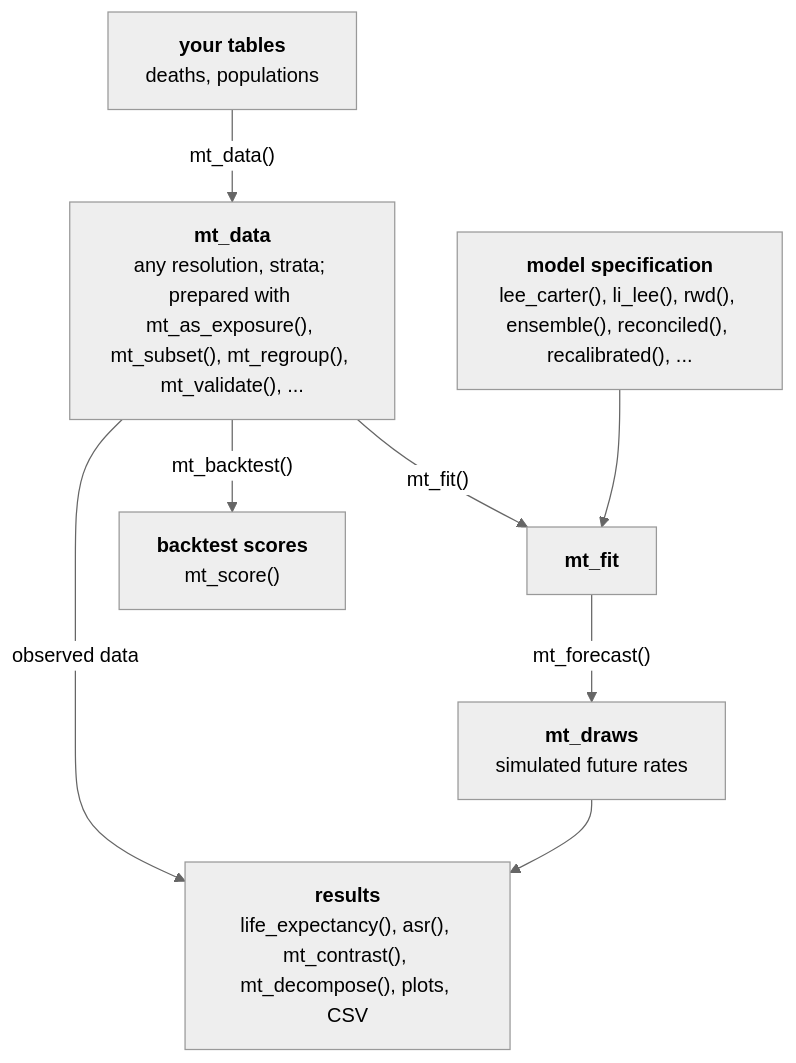
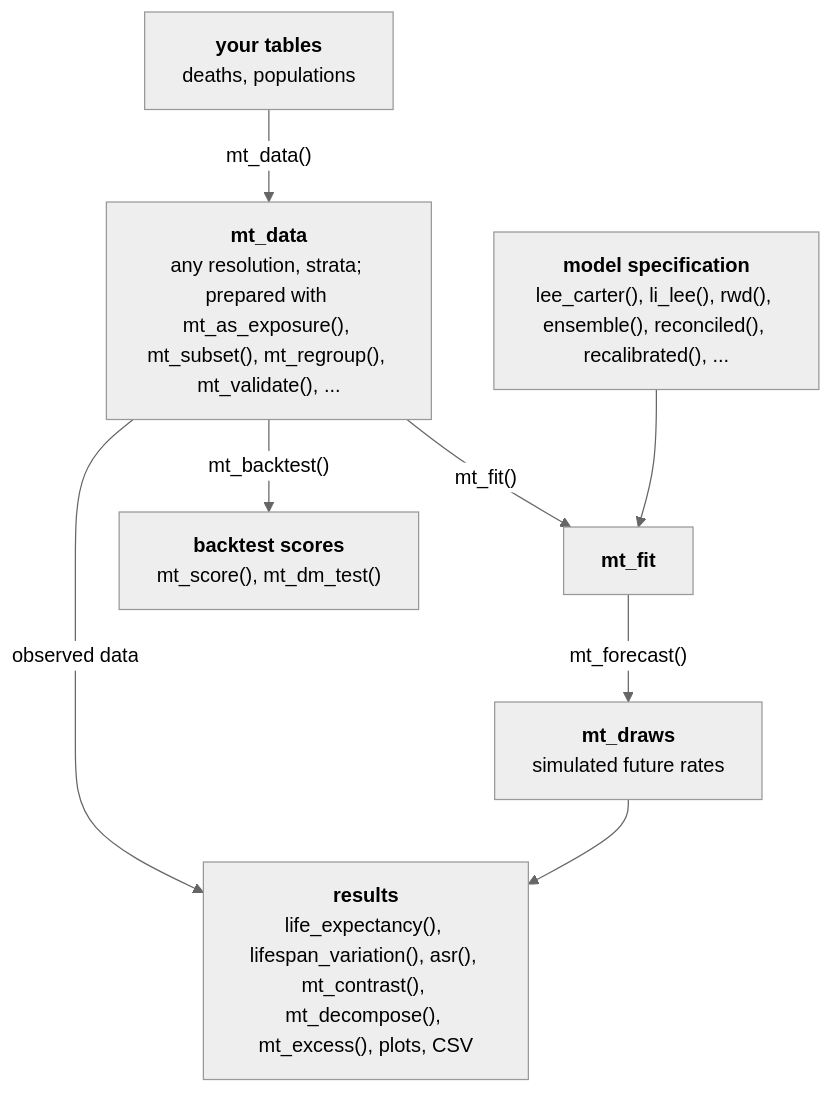
The diagram in dev/diagrams/readme-function-map.mmd (kalleEF/mortensor), drawn with Mermaid (neutral theme) before and after one commit. The commit also changed 41 other files, not shown here.

```diff
--- a/dev/diagrams/readme-function-map.mmd
+++ b/dev/diagrams/readme-function-map.mmd
@@ -1,21 +1,21 @@
 flowchart TD
   T["`**your tables**
   deaths, populations`"]
   D["`**mt_data**
   any resolution, strata; prepared with mt_as_exposure(), mt_subset(), mt_regroup(), mt_validate(), ...`"]
   S["`**model specification**
   lee_carter(), li_lee(), rwd(), ensemble(), reconciled(), recalibrated(), ...`"]
   F["`**mt_fit**`"]
   P["`**mt_draws**
   simulated future rates`"]
   B["`**backtest scores**
-  mt_score()`"]
+  mt_score(), mt_dm_test()`"]
   R["`**results**
-  life_expectancy(), asr(), mt_contrast(), mt_decompose(), plots, CSV`"]
+  life_expectancy(), lifespan_variation(), asr(), mt_contrast(), mt_decompose(), mt_excess(), plots, CSV`"]
   T -- "mt_data()" --> D
   D -- "mt_fit()" --> F
   S --> F
   F -- "mt_forecast()" --> P
   D -- "mt_backtest()" --> B
   P --> R
   D -- "observed data" --> R
```
